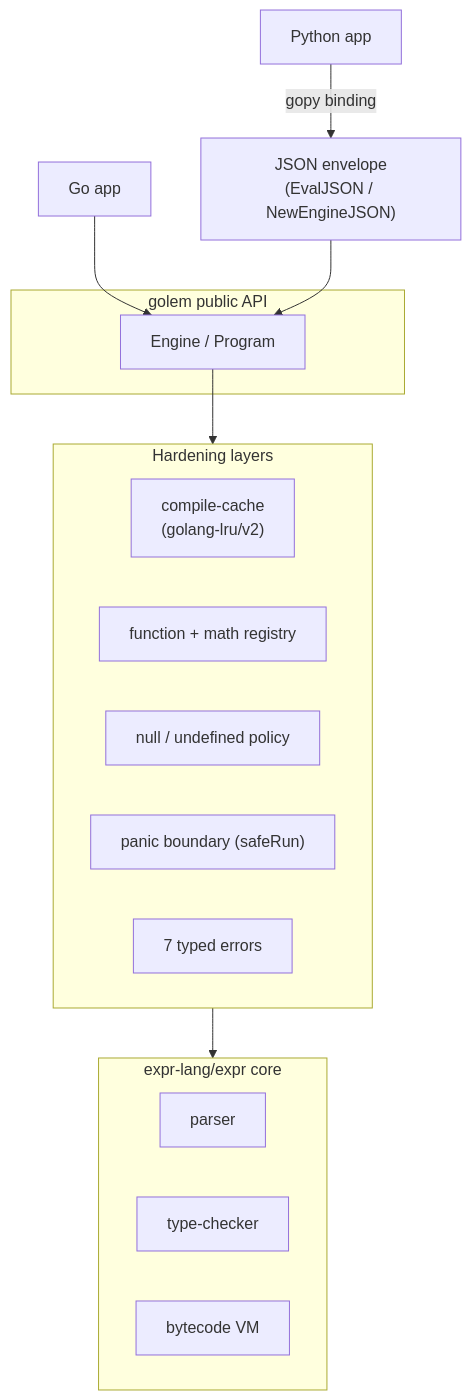
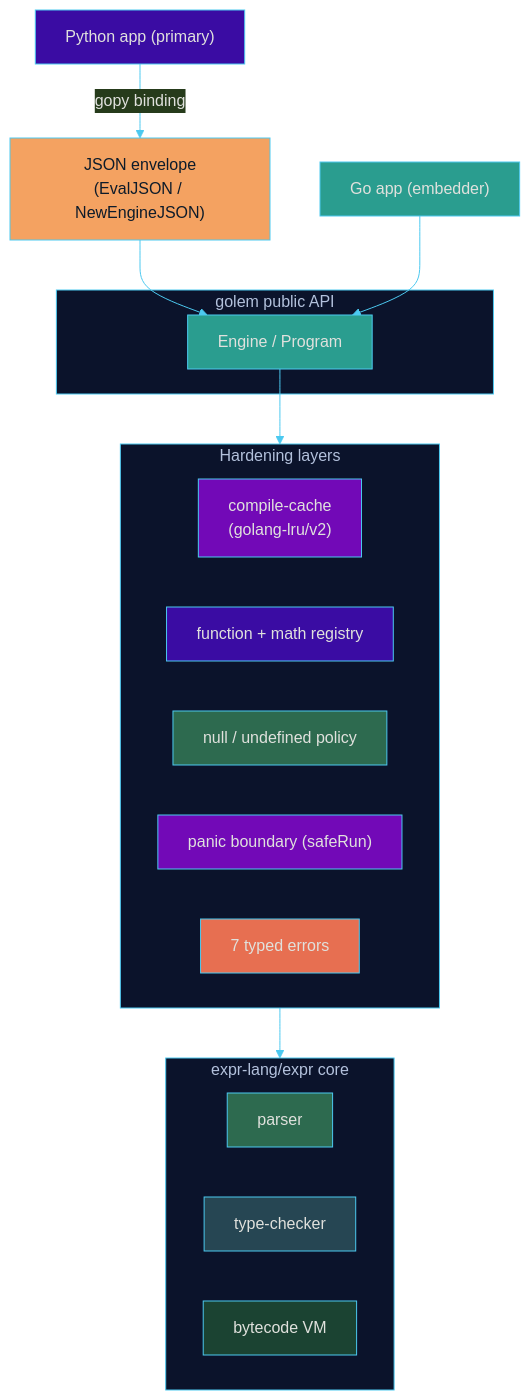
The first of 2 diagrams in README.md (enchanter-ai/golem), drawn with Mermaid before and after one commit. The commit also changed other lines of this file, not shown here.

Commit message:
docs(readme): lead Python-first; blueprint-styled architecture diagrams

````diff
--- a/README.md
+++ b/README.md
@@ -344,28 +380,55 @@
 ```mermaid
+%%{init: {'theme':'base', 'themeVariables': {'background':'#0d1b2a','primaryColor':'#1b263b','primaryTextColor':'#e0e1dd','primaryBorderColor':'#4cc9f0','lineColor':'#4cc9f0','clusterBkg':'#0b132b','clusterBorder':'#4cc9f0','fontFamily':'ui-monospace, SFMono-Regular, monospace'}}}%%
 flowchart TD
-    GoApp["Go app"] --> API
-    PyApp["Python app"] -->|"gopy binding"| ENV["JSON envelope<br/>(EvalJSON / NewEngineJSON)"]
+    PyApp["Python app (primary)"] -->|"gopy binding"| ENV["JSON envelope<br/>(EvalJSON / NewEngineJSON)"]
     ENV --> API
+    GoApp["Go app (embedder)"] --> API
 
     subgraph PUBLIC["golem public API"]
         API["Engine / Program"]
     end
 
     API --> HARDEN
 
     subgraph HARDEN["Hardening layers"]
         CACHE["compile-cache<br/>(golang-lru/v2)"]
         REG["function + math registry"]
         NULLP["null / undefined policy"]
         PANIC["panic boundary (safeRun)"]
         ERRS["7 typed errors"]
     end
 
     HARDEN --> CORE
 
     subgraph CORE["expr-lang/expr core"]
         PARSER["parser"]
         CHECKER["type-checker"]
         VM["bytecode VM"]
     end
+
+    classDef py fill:#3a0ca3,stroke:#4cc9f0,color:#e0e1dd;
+    classDef envelope fill:#f4a261,stroke:#4cc9f0,color:#0d1b2a;
+    classDef go fill:#2a9d8f,stroke:#4cc9f0,color:#e0e1dd;
+    classDef api fill:#2a9d8f,stroke:#4cc9f0,color:#e0e1dd;
+    classDef cache fill:#7209b7,stroke:#4cc9f0,color:#e0e1dd;
+    classDef reg fill:#3a0ca3,stroke:#4cc9f0,color:#e0e1dd;
+    classDef nullp fill:#2d6a4f,stroke:#4cc9f0,color:#e0e1dd;
+    classDef panic fill:#7209b7,stroke:#4cc9f0,color:#e0e1dd;
+    classDef errs fill:#e76f51,stroke:#4cc9f0,color:#e0e1dd;
+    classDef parser fill:#2d6a4f,stroke:#4cc9f0,color:#e0e1dd;
+    classDef checker fill:#264653,stroke:#4cc9f0,color:#e0e1dd;
+    classDef vm fill:#1b4332,stroke:#4cc9f0,color:#e0e1dd;
+
+    class PyApp py;
+    class ENV envelope;
+    class GoApp go;
+    class API api;
+    class CACHE cache;
+    class REG reg;
+    class NULLP nullp;
+    class PANIC panic;
+    class ERRS errs;
+    class PARSER parser;
+    class CHECKER checker;
+    class VM vm;
 ```
````
